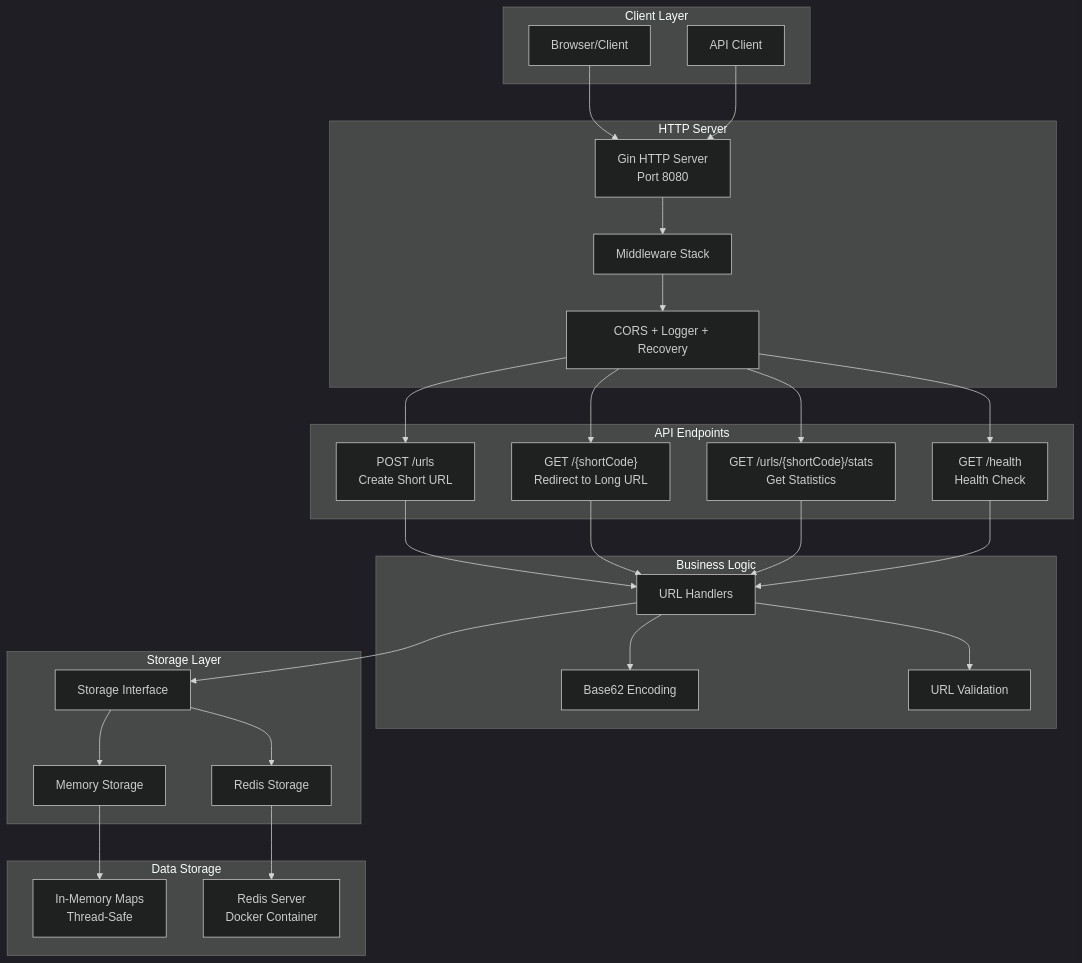
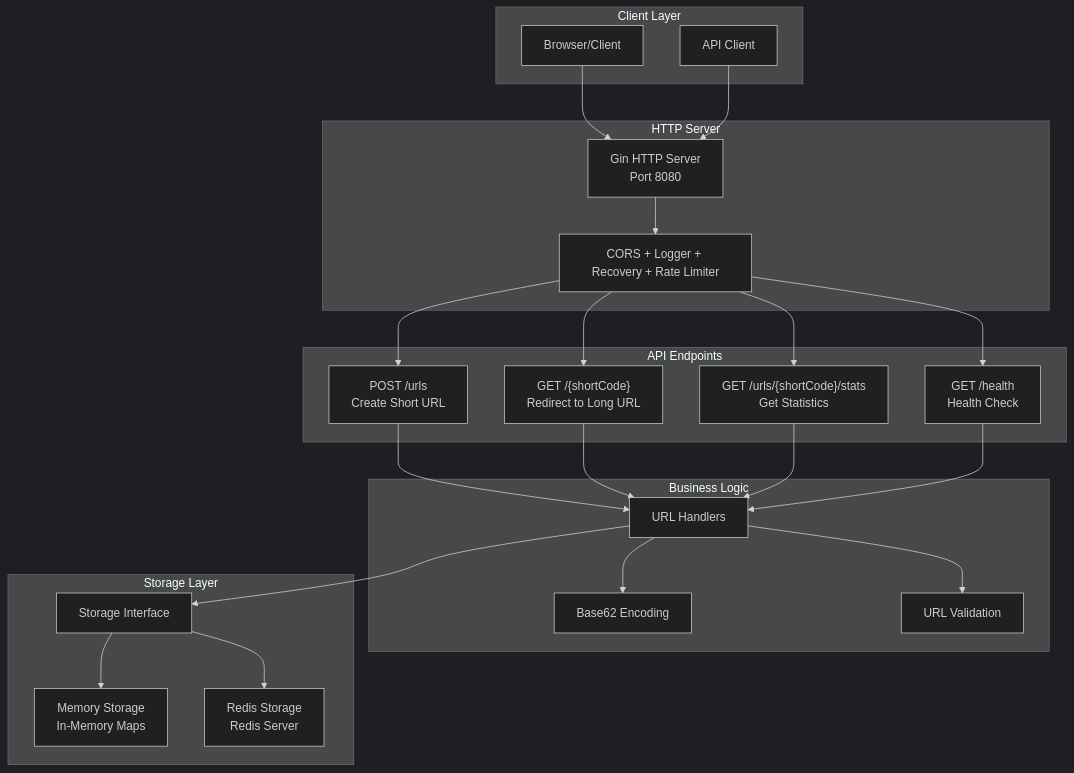
The diagram in docs/ARCHITECTURE.md (markolech/tiny-url), drawn with Mermaid (dark theme) before and after one commit. The commit also changed other lines of this file and 9 other files, not shown here.

````diff
--- a/docs/ARCHITECTURE.md
+++ b/docs/ARCHITECTURE.md
@@ -9,58 +9,49 @@
 ```mermaid
 graph TB
     subgraph "Client Layer"
         A[Browser/Client]
         B[API Client]
     end
     
     subgraph "HTTP Server"
         C["Gin HTTP Server<br/>Port 8080"]
-        D[Middleware Stack]
-        E[CORS + Logger + Recovery]
+        D[CORS + Logger + Recovery + Rate Limiter]
     end
     
     subgraph "API Endpoints"
         F["POST /urls<br/>Create Short URL"]
         G["GET /{shortCode}<br/>Redirect to Long URL"]
         H["GET /urls/{shortCode}/stats<br/>Get Statistics"]
         I["GET /health<br/>Health Check"]
     end
     
     subgraph "Business Logic"
         J[URL Handlers]
         K[Base62 Encoding]
         L[URL Validation]
     end
     
     subgraph "Storage Layer"
         M[Storage Interface]
-        N[Memory Storage]
-        O[Redis Storage]
-    end
-    
-    subgraph "Data Storage"
-        P["In-Memory Maps<br/>Thread-Safe"]
-        Q["Redis Server<br/>Docker Container"]
+        N["Memory Storage<br/>In-Memory Maps"]
+        O["Redis Storage<br/>Redis Server"]
     end
     
     %% Connections
     A --> C
     B --> C
     C --> D
-    D --> E
-    E --> F
-    E --> G
-    E --> H
-    E --> I
+    D --> F
+    D --> G
+    D --> H
+    D --> I
     F --> J
     G --> J
     H --> J
     I --> J
     J --> K
     J --> L
     J --> M
     M --> N
     M --> O
-    N --> P
-    O --> Q
 ```
````
